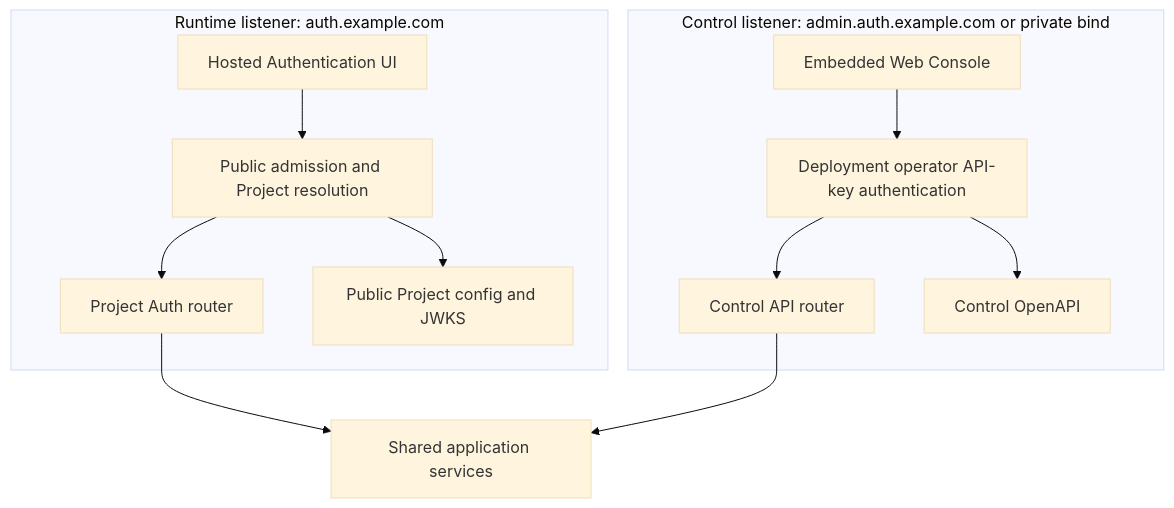
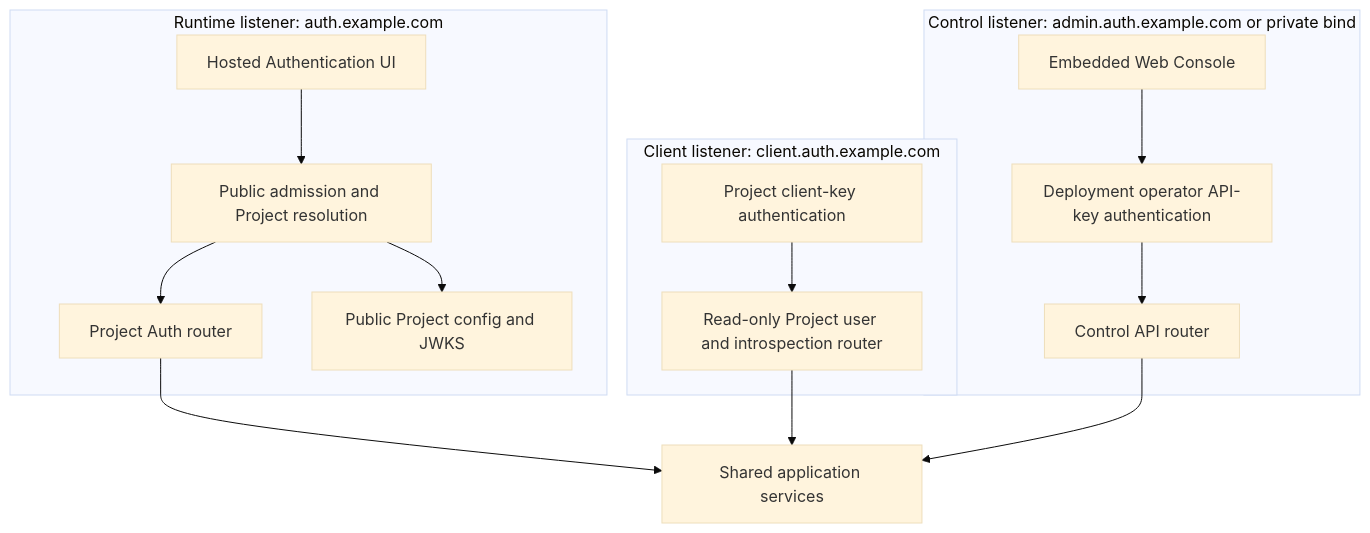
Before and after one commit to owlfoundry/owlauth: the first of 2 diagrams in spec/05-http-contract-and-surface-boundaries.md, drawn with Mermaid (base theme). The commit also changed other lines of this file and 320 other files, not shown here.

Commit message:
feat(server+cli+web+repo): complete project client API

````diff
--- a/spec/05-http-contract-and-surface-boundaries.md
+++ b/spec/05-http-contract-and-surface-boundaries.md
@@ -17,25 +18,30 @@
 ```mermaid
 flowchart TB
     subgraph RuntimeListener[Runtime listener: auth.example.com]
         HU[Hosted Authentication UI]
         RM[Public admission and Project resolution]
         RR[Project Auth router]
         RC[Public Project config and JWKS]
     end
 
+    subgraph ClientListener[Client listener: client.auth.example.com]
+        BM[Project client-key authentication]
+        BR[Read-only Project user and introspection router]
+    end
+
     subgraph ControlListener[Control listener: admin.auth.example.com or private bind]
         WC[Embedded Web Console]
         CM[Deployment operator API-key authentication]
         CR[Control API router]
-        CO[Control OpenAPI]
     end
 
     HU --> RM
     RM --> RR
     RM --> RC
+    BM --> BR
     WC --> CM
     CM --> CR
-    CM --> CO
     RR --> APP[Shared application services]
+    BR --> APP
     CR --> APP
 ```
````
